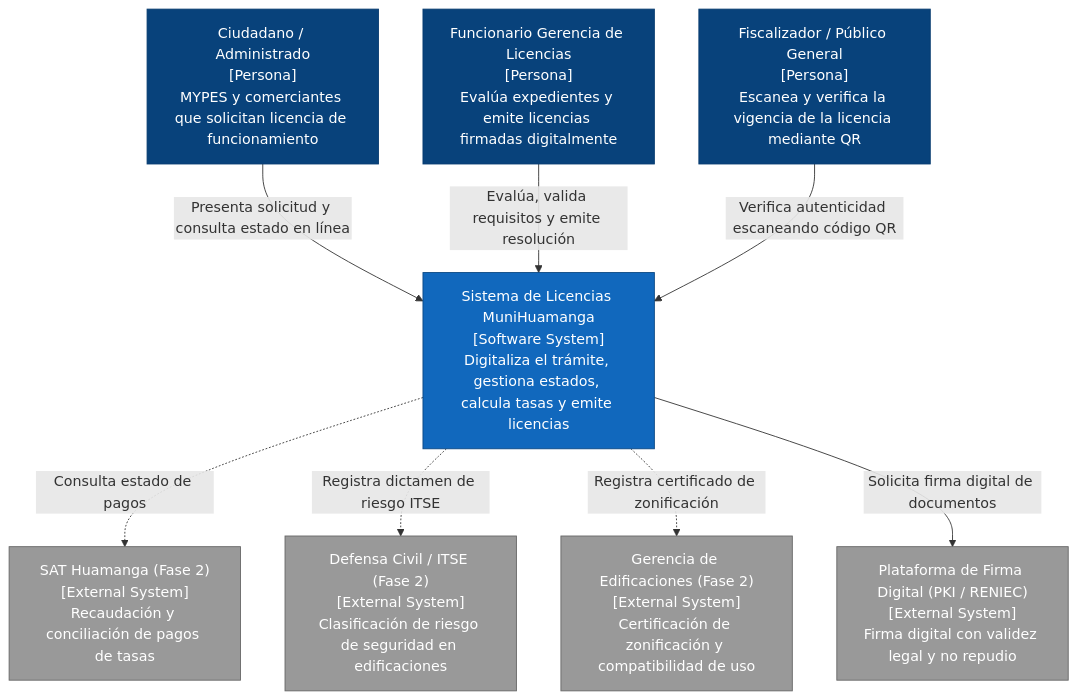
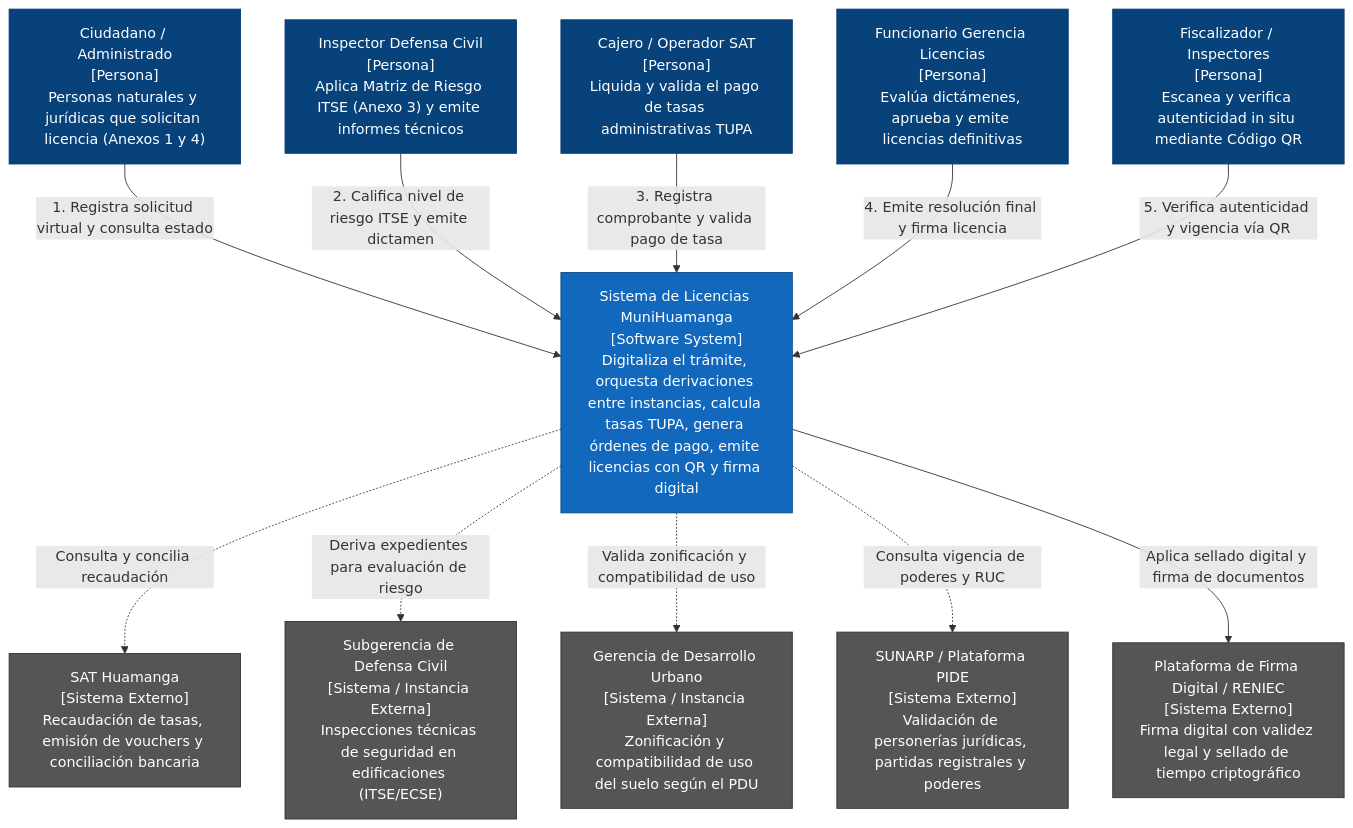
Before and after one commit to Issirc20/MuniHuamanga: the first of 4 diagrams in docs/arquitectura/c4-model.md, drawn with Mermaid. The commit also changed other lines of this file, not shown here.

Commit message:
docs: actualizar modelo de arquitectura C4 niveles 1-4 con anexos y entidades de Fase 01

````diff
--- a/docs/arquitectura/c4-model.md
+++ b/docs/arquitectura/c4-model.md
@@ -8,26 +13,32 @@
 ```mermaid
 graph TD
     classDef person fill:#08427b,stroke:#073b6f,color:#fff;
     classDef system fill:#1168bd,stroke:#0b4884,color:#fff;
-    classDef extSystem fill:#999999,stroke:#666666,color:#fff;
+    classDef extSystem fill:#555555,stroke:#333333,color:#fff;
 
-    solicitante["Ciudadano / Administrado<br>[Persona]<br>MYPES y comerciantes que solicitan licencia de funcionamiento"]:::person
-    funcionario["Funcionario Gerencia de Licencias<br>[Persona]<br>Evalúa expedientes y emite licencias firmadas digitalmente"]:::person
-    verificador["Fiscalizador / Público General<br>[Persona]<br>Escanea y verifica la vigencia de la licencia mediante QR"]:::person
+    solicitante["Ciudadano / Administrado<br>[Persona]<br>Personas naturales y jurídicas que solicitan licencia (Anexos 1 y 4)"]:::person
+    inspectorItse["Inspector Defensa Civil<br>[Persona]<br>Aplica Matriz de Riesgo ITSE (Anexo 3) y emite informes técnicos"]:::person
+    cajeroSat["Cajero / Operador SAT<br>[Persona]<br>Liquida y valida el pago de tasas administrativas TUPA"]:::person
+    funcionarioGL["Funcionario Gerencia Licencias<br>[Persona]<br>Evalúa dictámenes, aprueba y emite licencias definitivas"]:::person
+    fiscalizador["Fiscalizador / Inspectores<br>[Persona]<br>Escanea y verifica autenticidad in situ mediante Código QR"]:::person
 
-    sistema["Sistema de Licencias MuniHuamanga<br>[Software System]<br>Digitaliza el trámite, gestiona estados, calcula tasas y emite licencias"]:::system
+    sistema["Sistema de Licencias MuniHuamanga<br>[Software System]<br>Digitaliza el trámite, orquesta derivaciones entre instancias, calcula tasas TUPA, genera órdenes de pago, emite licencias con QR y firma digital"]:::system
 
-    sat["SAT Huamanga (Fase 2)<br>[External System]<br>Recaudación y conciliación de pagos de tasas"]:::extSystem
-    defensaCivil["Defensa Civil / ITSE (Fase 2)<br>[External System]<br>Clasificación de riesgo de seguridad en edificaciones"]:::extSystem
-    edificaciones["Gerencia de Edificaciones (Fase 2)<br>[External System]<br>Certificación de zonificación y compatibilidad de uso"]:::extSystem
-    firmaDigital["Plataforma de Firma Digital (PKI / RENIEC)<br>[External System]<br>Firma digital con validez legal y no repudio"]:::extSystem
+    sat["SAT Huamanga<br>[Sistema Externo]<br>Recaudación de tasas, emisión de vouchers y conciliación bancaria"]:::extSystem
+    defensaCivil["Subgerencia de Defensa Civil<br>[Sistema / Instancia Externa]<br>Inspecciones técnicas de seguridad en edificaciones (ITSE/ECSE)"]:::extSystem
+    desarrolloUrbano["Gerencia de Desarrollo Urbano<br>[Sistema / Instancia Externa]<br>Zonificación y compatibilidad de uso del suelo según el PDU"]:::extSystem
+    sunarp["SUNARP / Plataforma PIDE<br>[Sistema Externo]<br>Validación de personerías jurídicas, partidas registrales y poderes"]:::extSystem
+    reniecPki["Plataforma de Firma Digital / RENIEC<br>[Sistema Externo]<br>Firma digital con validez legal y sellado de tiempo criptográfico"]:::extSystem
 
-    solicitante -->|Presenta solicitud y consulta estado en línea| sistema
-    funcionario -->|Evalúa, valida requisitos y emite resolución| sistema
-    verificador -->|Verifica autenticidad escaneando código QR| sistema
+    solicitante -->|1. Registra solicitud virtual y consulta estado| sistema
+    inspectorItse -->|2. Califica nivel de riesgo ITSE y emite dictamen| sistema
+    cajeroSat -->|3. Registra comprobante y valida pago de tasa| sistema
+    funcionarioGL -->|4. Emite resolución final y firma licencia| sistema
+    fiscalizador -->|5. Verifica autenticidad y vigencia vía QR| sistema
 
-    sistema -.->|Consulta estado de pagos| sat
-    sistema -.->|Registra dictamen de riesgo ITSE| defensaCivil
-    sistema -.->|Registra certificado de zonificación| edificaciones
-    sistema -->|Solicita firma digital de documentos| firmaDigital
+    sistema -.->|Consulta y concilia recaudación| sat
+    sistema -.->|Deriva expedientes para evaluación de riesgo| defensaCivil
+    sistema -.->|Valida zonificación y compatibilidad de uso| desarrolloUrbano
+    sistema -.->|Consulta vigencia de poderes y RUC| sunarp
+    sistema -->|Aplica sellado digital y firma de documentos| reniecPki
 ```
````
